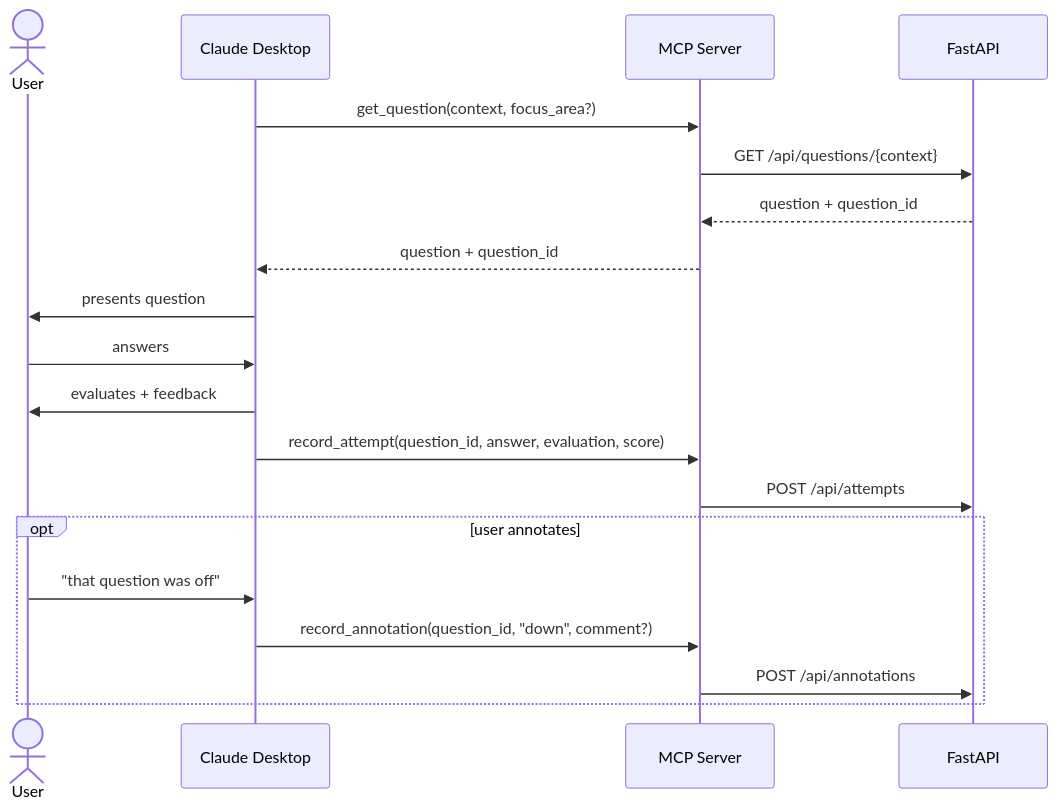
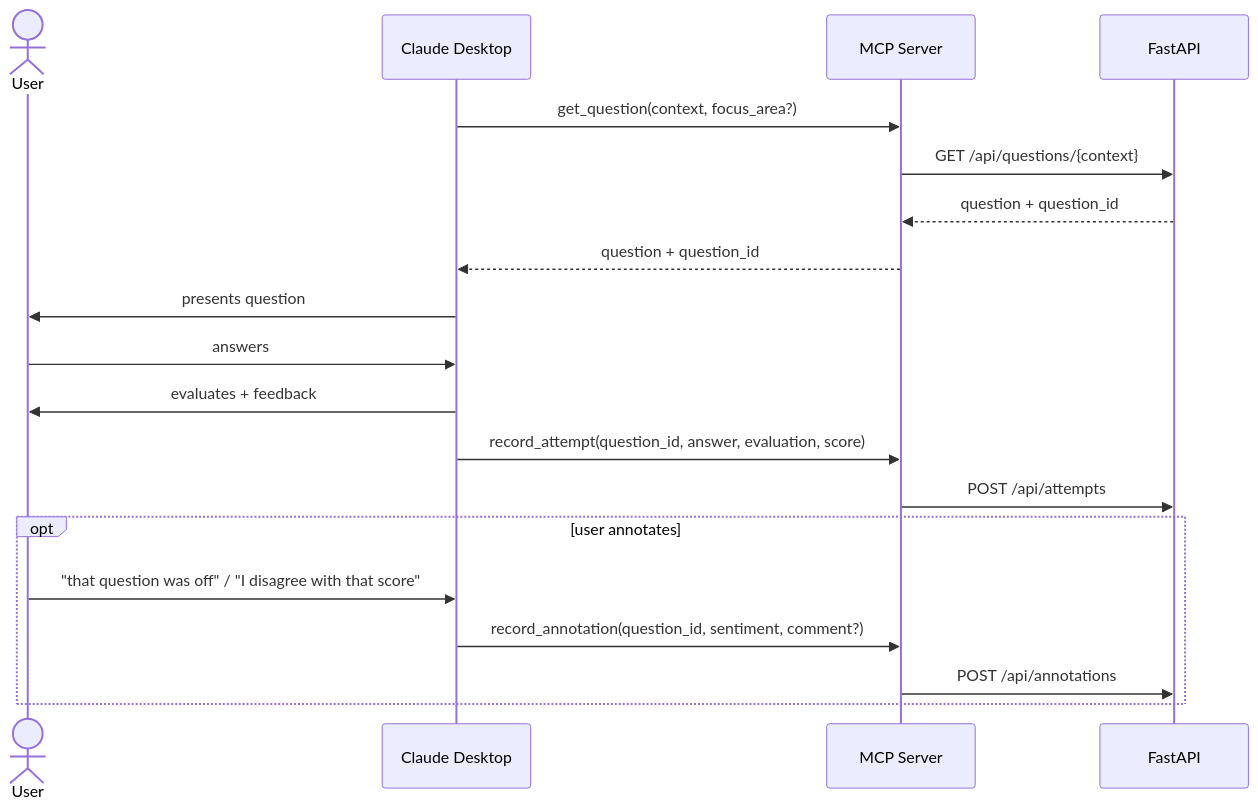
One commit to lmchoi/learning-tool changed the fifth of 5 diagrams in docs/design/chat-integration-mcp.md. Above: the diagram before and after it, drawn with Mermaid. The commit also changed other lines of this file, not shown here.

````diff
--- a/docs/design/chat-integration-mcp.md
+++ b/docs/design/chat-integration-mcp.md
@@ -105,22 +269,22 @@
 ```mermaid
 sequenceDiagram
     actor User
     participant Claude as Claude Desktop
     participant MCP as MCP Server
     participant API as FastAPI
 
     Claude->>MCP: get_question(context, focus_area?)
     MCP->>API: GET /api/questions/{context}
     API-->>MCP: question + question_id
     MCP-->>Claude: question + question_id
     Claude->>User: presents question
     User->>Claude: answers
     Claude->>User: evaluates + feedback
     Claude->>MCP: record_attempt(question_id, answer, evaluation, score)
     MCP->>API: POST /api/attempts
     opt user annotates
-        User->>Claude: "that question was off"
-        Claude->>MCP: record_annotation(question_id, "down", comment?)
+        User->>Claude: "that question was off" / "I disagree with that score"
+        Claude->>MCP: record_annotation(question_id, sentiment, comment?)
         MCP->>API: POST /api/annotations
     end
 ```
````
